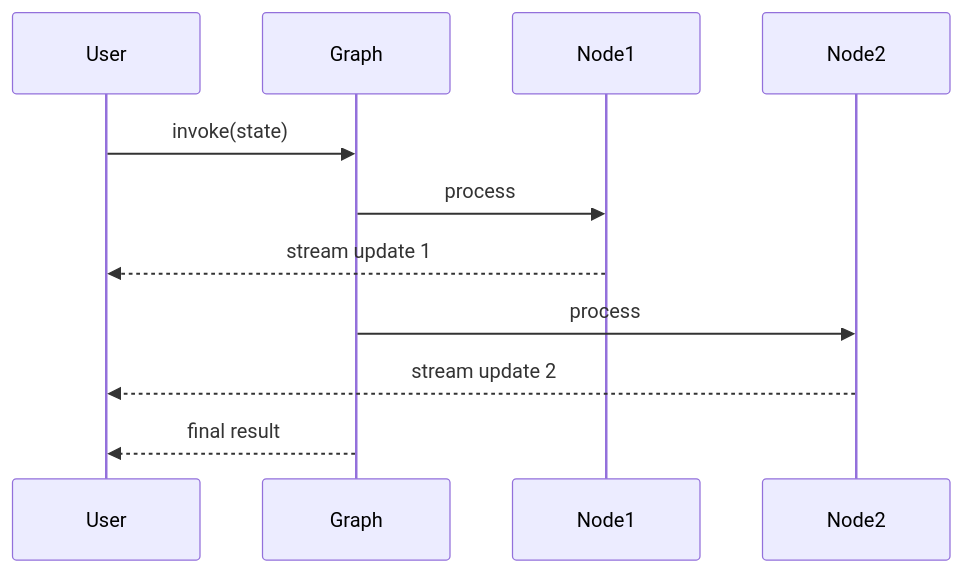
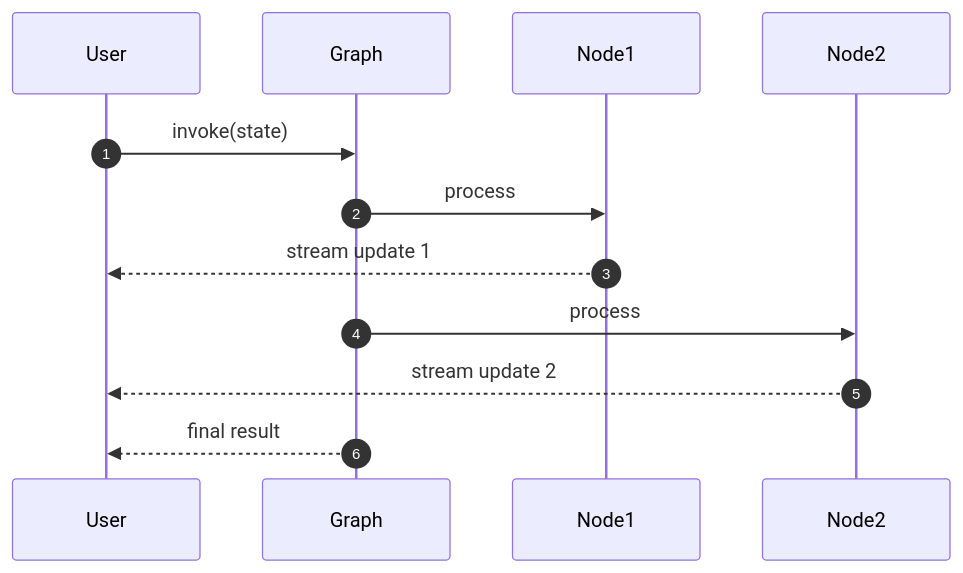
Before and after one commit to ralf-42/Agenten: the fifth of 8 diagrams in docs/frameworks/Einsteiger_LangGraph.md, drawn with Mermaid. The commit also changed 18 other files, not shown here.

````diff
--- a/docs/frameworks/Einsteiger_LangGraph.md
+++ b/docs/frameworks/Einsteiger_LangGraph.md
@@ -269,14 +269,15 @@
 ```mermaid
 sequenceDiagram
+    autonumber
     participant User
     participant Graph
     participant Node1
     participant Node2
 
     User->>Graph: invoke(state)
     Graph->>Node1: process
     Node1-->>User: stream update 1
     Graph->>Node2: process
     Node2-->>User: stream update 2
     Graph-->>User: final result
 ```
````
